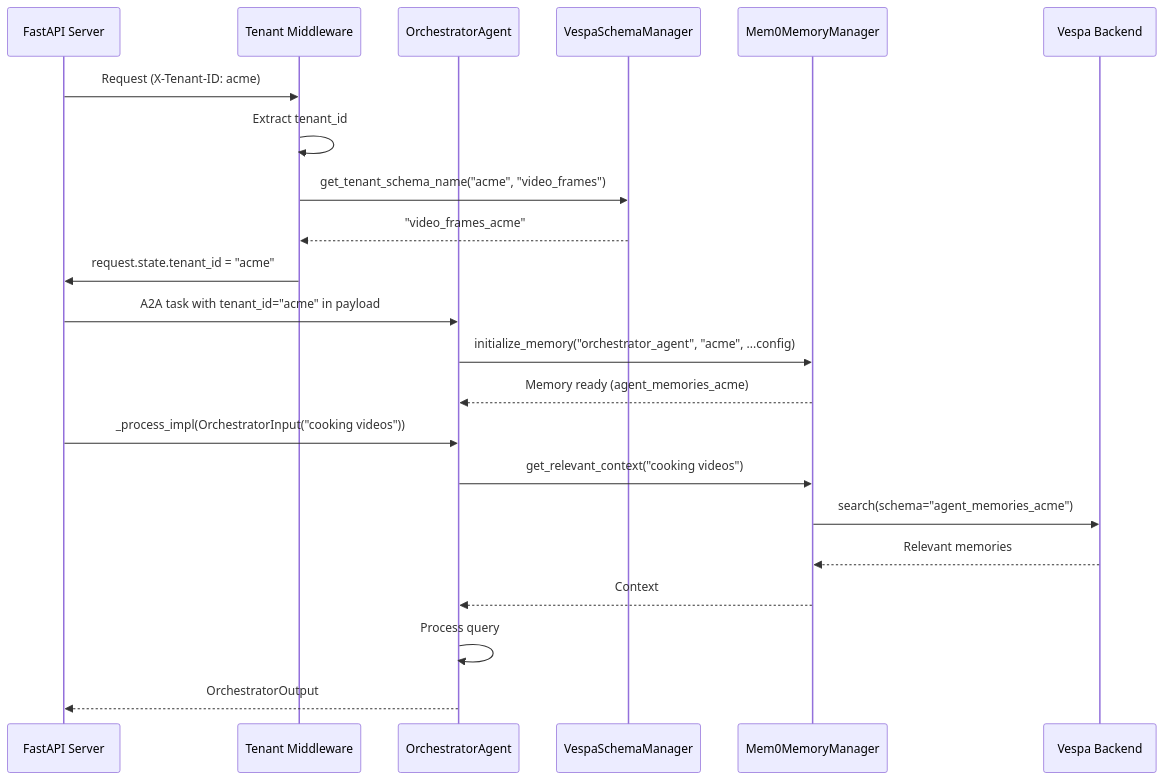
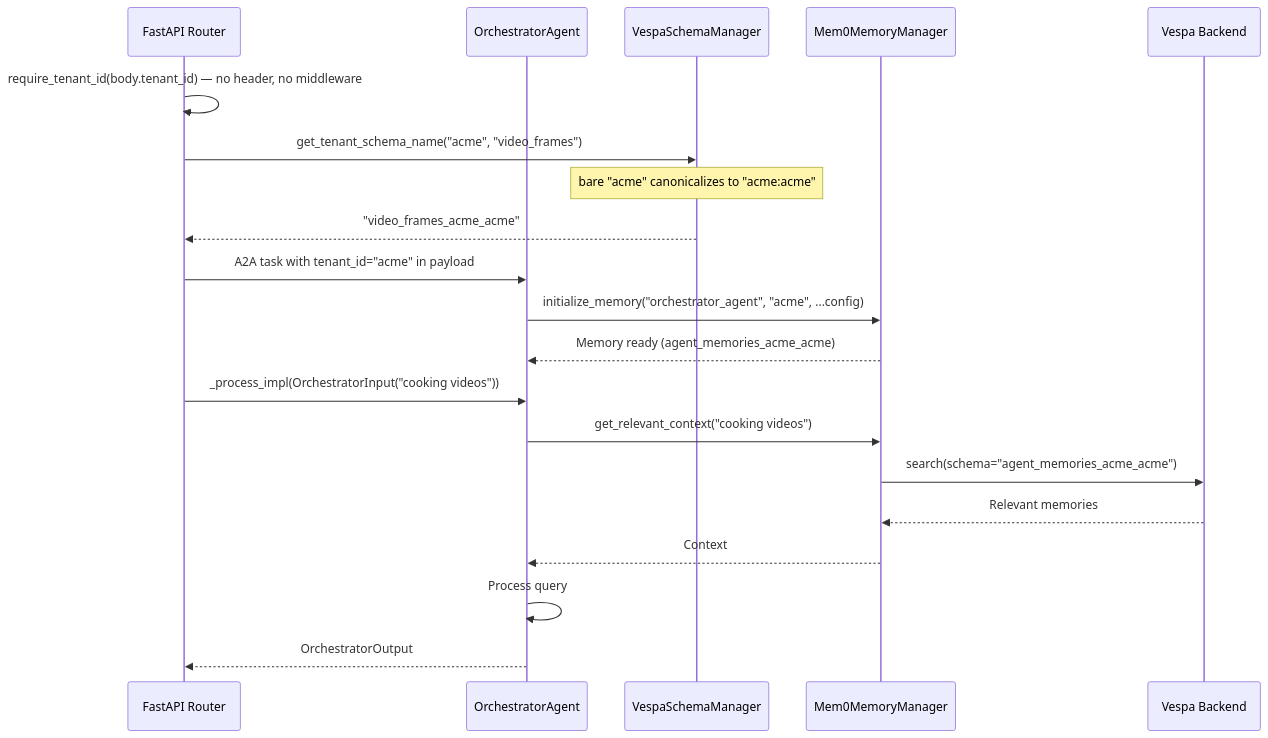
Before and after one commit to amit-jain/cogniverse: diagram 13 of 18 in docs/modules/agents.md, drawn with Mermaid. The commit also changed other lines of this file and 119 other files, not shown here.

````diff
--- a/docs/modules/agents.md
+++ b/docs/modules/agents.md
@@ -2872,27 +2996,25 @@
 ```mermaid
 sequenceDiagram
-    participant API as FastAPI Server
-    participant Middleware as Tenant Middleware
+    participant API as FastAPI Router
     participant Agent as OrchestratorAgent
     participant SchemaManager as VespaSchemaManager
     participant Memory as Mem0MemoryManager
     participant Vespa as Vespa Backend
 
-    API->>Middleware: Request (X-Tenant-ID: acme)
-    Middleware->>Middleware: Extract tenant_id
-    Middleware->>SchemaManager: get_tenant_schema_name("acme", "video_frames")
-    SchemaManager-->>Middleware: "video_frames_acme"
-    Middleware->>API: request.state.tenant_id = "acme"
+    API->>API: require_tenant_id(body.tenant_id) — no header, no middleware
+    API->>SchemaManager: get_tenant_schema_name("acme", "video_frames")
+    Note over SchemaManager: bare "acme" canonicalizes to "acme:acme"
+    SchemaManager-->>API: "video_frames_acme_acme"
 
     API->>Agent: A2A task with tenant_id="acme" in payload
     Agent->>Memory: initialize_memory("orchestrator_agent", "acme", ...config)
-    Memory-->>Agent: Memory ready (agent_memories_acme)
+    Memory-->>Agent: Memory ready (agent_memories_acme_acme)
 
     API->>Agent: _process_impl(OrchestratorInput("cooking videos"))
     Agent->>Memory: get_relevant_context("cooking videos")
-    Memory->>Vespa: search(schema="agent_memories_acme")
+    Memory->>Vespa: search(schema="agent_memories_acme_acme")
     Vespa-->>Memory: Relevant memories
     Memory-->>Agent: Context
     Agent->>Agent: Process query
     Agent-->>API: OrchestratorOutput
 ```
````
